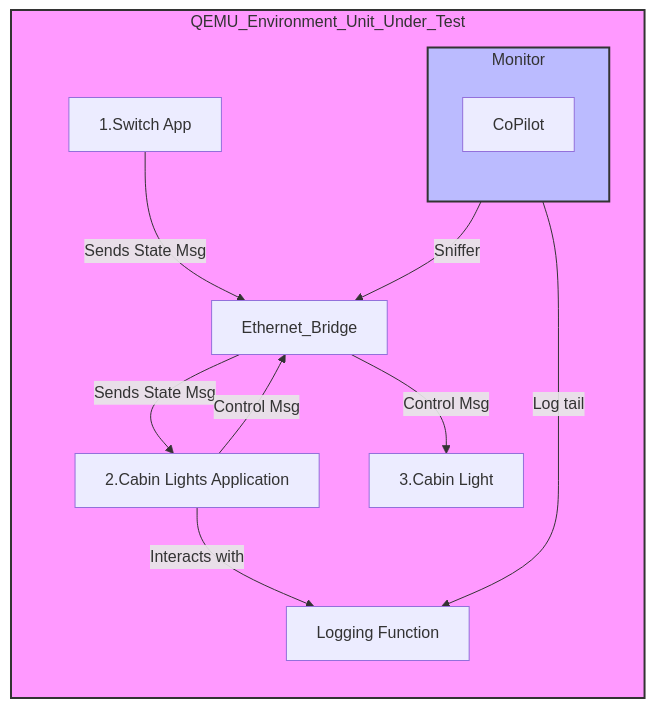
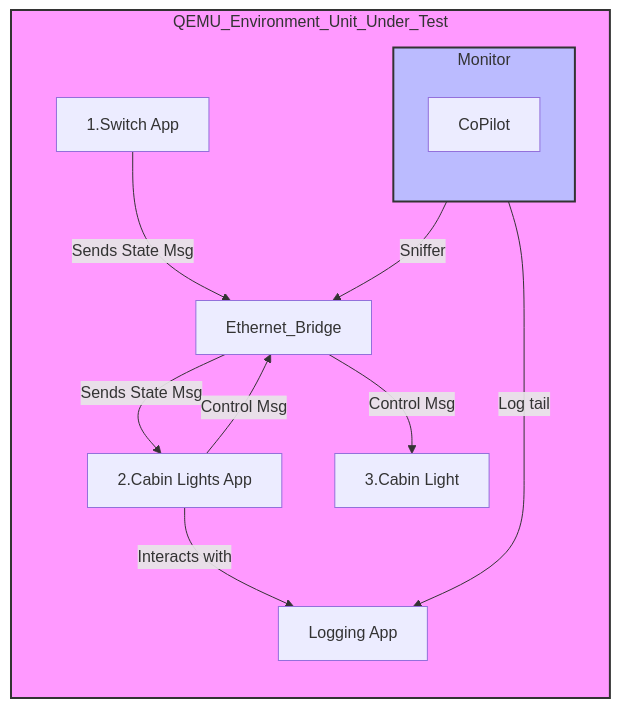
Before and after one commit to elisa-tech/wg-aerospace: the first of 2 diagrams in Aerospace-Uses-Cases.md, drawn with Mermaid. The commit also changed other lines of this file, not shown here.

````diff
--- a/Aerospace-Uses-Cases.md
+++ b/Aerospace-Uses-Cases.md
@@ -32,31 +88,31 @@
     ```mermaid
     %%{init: {'theme': 'default'}}%%
     graph TD
         subgraph QEMU_Environment_Unit_Under_Test
             direction TB
         Ethernet_Bridge
-            App[2.Cabin Lights Application] 
-            Log[Logging Function]
+            App[2.Cabin Lights App] 
+            Log[Logging App]
             Sensor[1.Switch App]
             Actuator[3.Cabin Light]
 
         subgraph Monitor
             direction TB
             Copilot[CoPilot]
         end
 
         end
 
 
 
         App -->|Interacts with| Log
         Sensor -->|Sends State Msg| Ethernet_Bridge
         Copilot -->|Sniffer| Ethernet_Bridge
         Ethernet_Bridge -->|Sends State Msg| App
         App -->|Control Msg| Ethernet_Bridge
         Ethernet_Bridge -->|Control Msg| Actuator
         Copilot -->|Log tail| Log
 
         style QEMU_Environment_Unit_Under_Test fill:#f9f,stroke:#333,stroke-width:2px;
         style Monitor fill:#bbf,stroke:#333,stroke-width:2px;
     ```
````
